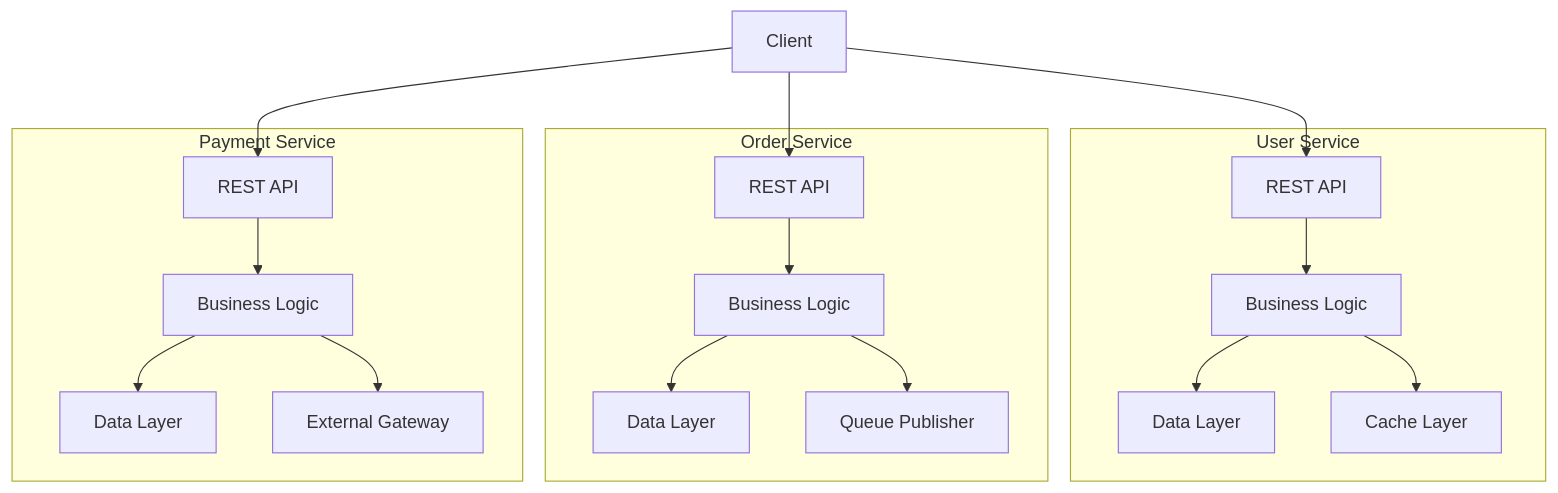
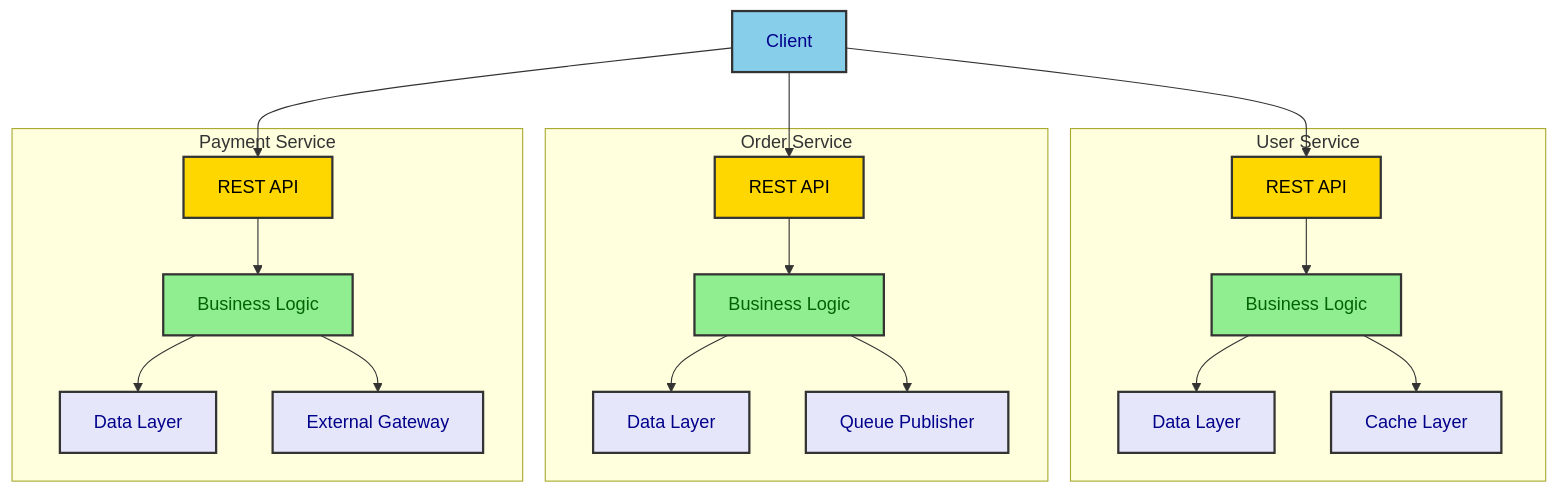
Before and after one commit to kasiopeiya/claude-dev-template: the third of 18 diagrams in .claude/skills/design-doc-mermaid/assets/system-design-template.md, drawn with Mermaid. The commit also changed other lines of this file and 5 other files, not shown here.

````diff
--- a/.claude/skills/design-doc-mermaid/assets/system-design-template.md
+++ b/.claude/skills/design-doc-mermaid/assets/system-design-template.md
@@ -152,39 +162,49 @@
 ```mermaid
 graph TB
     subgraph "User Service"
         US_API[REST API]
         US_Logic[Business Logic]
         US_Data[Data Layer]
         US_Cache[Cache Layer]
     end
 
     subgraph "Order Service"
         OS_API[REST API]
         OS_Logic[Business Logic]
         OS_Data[Data Layer]
         OS_Queue[Queue Publisher]
     end
 
     subgraph "Payment Service"
         PS_API[REST API]
         PS_Logic[Business Logic]
         PS_Data[Data Layer]
         PS_External[External Gateway]
     end
 
     Client --> US_API
     Client --> OS_API
     Client --> PS_API
 
     US_API --> US_Logic
     US_Logic --> US_Data
     US_Logic --> US_Cache
 
     OS_API --> OS_Logic
     OS_Logic --> OS_Data
     OS_Logic --> OS_Queue
 
     PS_API --> PS_Logic
     PS_Logic --> PS_Data
     PS_Logic --> PS_External
+
+    classDef client fill:#87CEEB,stroke:#333,stroke-width:2px,color:darkblue
+    classDef api fill:#FFD700,stroke:#333,stroke-width:2px,color:black
+    classDef logic fill:#90EE90,stroke:#333,stroke-width:2px,color:darkgreen
+    classDef store fill:#E6E6FA,stroke:#333,stroke-width:2px,color:darkblue
+
+    class Client client
+    class US_API,OS_API,PS_API api
+    class US_Logic,OS_Logic,PS_Logic logic
+    class US_Data,US_Cache,OS_Data,OS_Queue,PS_Data,PS_External store
 ```
````
